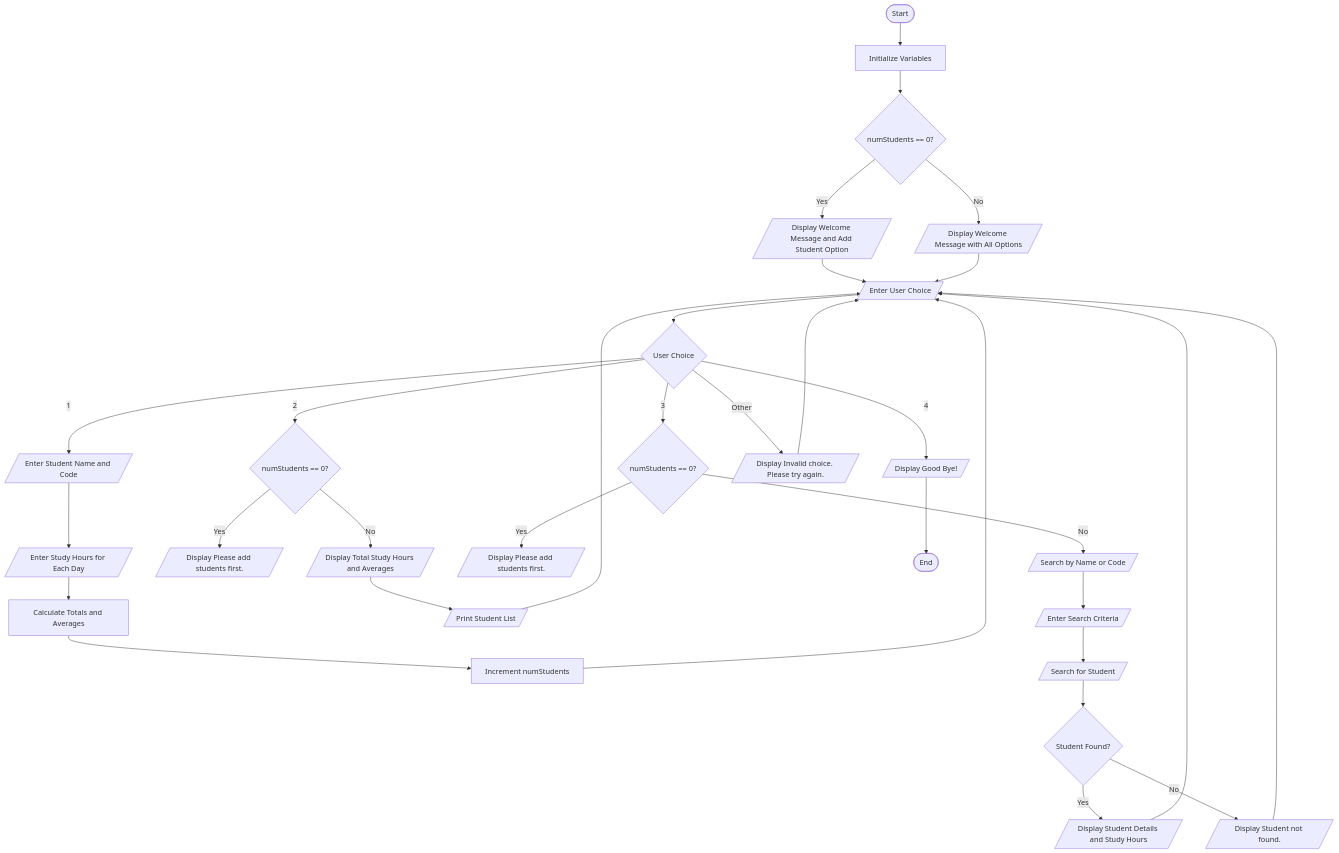
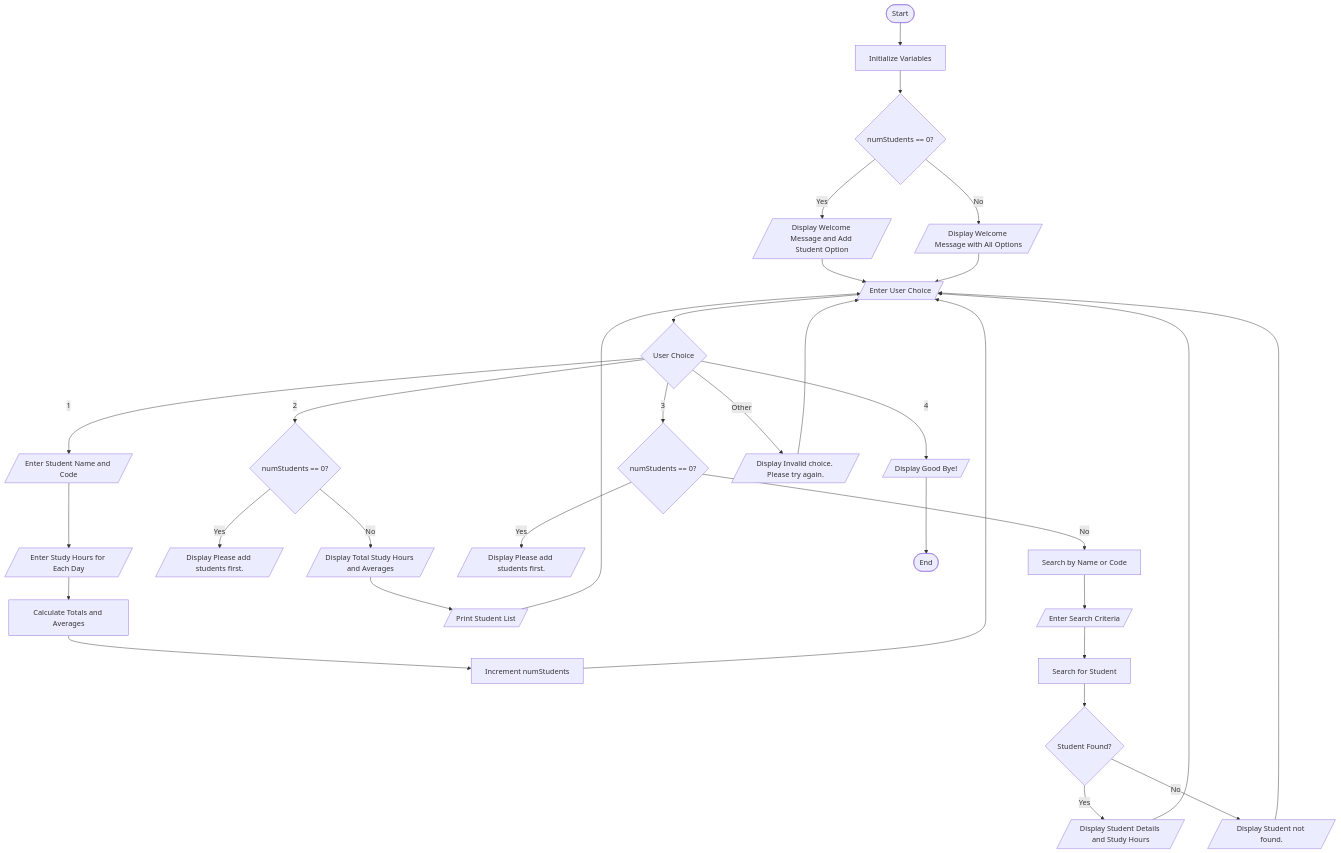
The diagram in C++ Flowchart .md (labba1/Academic-Analyzer-project), drawn with Mermaid before and after one commit.

Commit message:
Update C++ Flowchart .md

````diff
--- a/C++ Flowchart .md
+++ b/C++ Flowchart .md
@@ -51,41 +51,41 @@
 ```mermaid
 flowchart TB
     A([Start]) --> B[Initialize Variables]
     B --> C{numStudents == 0?}
     C -->|Yes| D[/Display Welcome Message and Add Student Option/]
     C -->|No| E[/Display Welcome Message with All Options/]
     
     D --> F[/Enter User Choice/]
     E --> F
     
     F --> G{User Choice}
     
     G -->|1| H[/Enter Student Name and Code/]
     H --> I[/Enter Study Hours for Each Day/]
     I --> J[Calculate Totals and Averages]
     J --> K[Increment numStudents]
     K --> F
     
     G -->|2| L{numStudents == 0?}
     L -->|Yes| M[/Display Please add students first./]
     L -->|No| N[/Display Total Study Hours and Averages/]
     N --> O[/Print Student List/]
     O --> F
     
     G -->|3| P{numStudents == 0?}
     P -->|Yes| Q[/Display Please add students first./]
-    P -->|No| R[/Search by Name or Code/]
+    P -->|No| R[Search by Name or Code]
     R --> S[/Enter Search Criteria/]
-    S --> T[/Search for Student/]
+    S --> T[Search for Student]
     T --> U{Student Found?}
     U -->|Yes| V[/Display Student Details and Study Hours/]
     U -->|No| W[/Display Student not found./]
     V --> F
     W --> F
     
     G -->|4| X[/Display Good Bye!/]
     X --> Y([End])
     
     G -->|Other| Z[/Display Invalid choice. Please try again./]
     Z --> F
 ```
````
